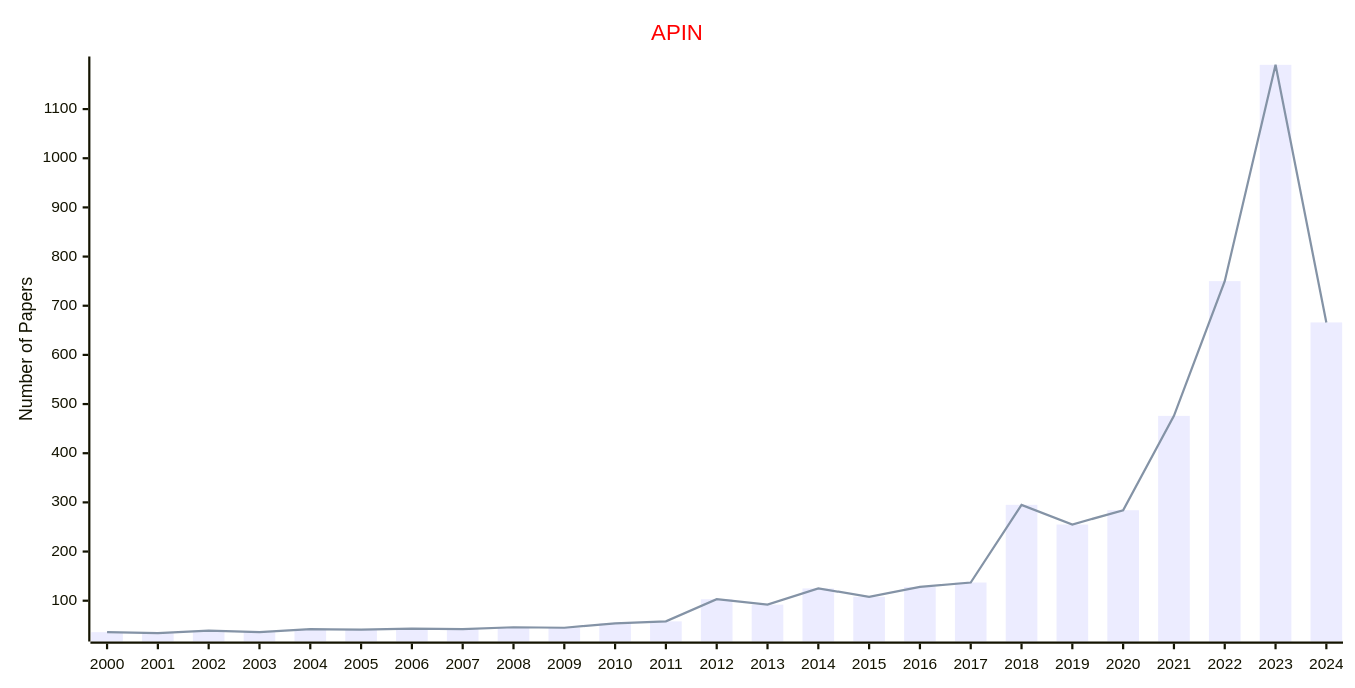
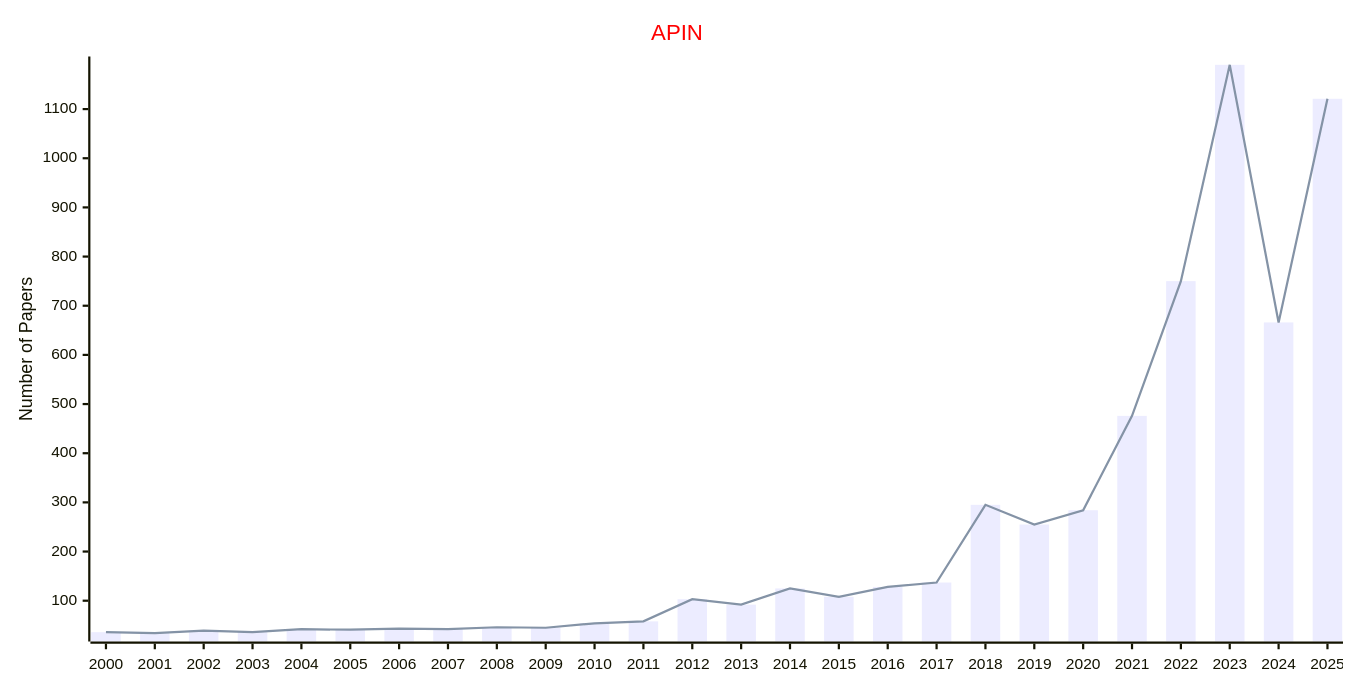
Before and after one commit to Easy-PhD/AILinks: the sixth of 59 diagrams in docs/data/Journals/Publishers_Journals/SPRINGER.md, drawn with Mermaid. The commit also changed other lines of this file and 107 other files, not shown here.

````diff
--- a/docs/data/Journals/Publishers_Journals/SPRINGER.md
+++ b/docs/data/Journals/Publishers_Journals/SPRINGER.md
@@ -131,17 +131,17 @@
 ```mermaid
 ---
 config:
     xyChart:
         width: 1200
         height: 600
     themeVariables:
         xyChart:
             titleColor: "#ff0000"
 ---
 xychart-beta
     title "APIN"
-    x-axis [2000, 2001, 2002, 2003, 2004, 2005, 2006, 2007, 2008, 2009, 2010, 2011, 2012, 2013, 2014, 2015, 2016, 2017, 2018, 2019, 2020, 2021, 2022, 2023, 2024]
+    x-axis [2000, 2001, 2002, 2003, 2004, 2005, 2006, 2007, 2008, 2009, 2010, 2011, 2012, 2013, 2014, 2015, 2016, 2017, 2018, 2019, 2020, 2021, 2022, 2023, 2024, 2025]
     y-axis "Number of Papers"
-    bar [36, 34, 39, 36, 42, 41, 43, 42, 46, 45, 54, 58, 103, 92, 125, 108, 128, 137, 295, 255, 284, 476, 750, 1190, 666]
-    line [36, 34, 39, 36, 42, 41, 43, 42, 46, 45, 54, 58, 103, 92, 125, 108, 128, 137, 295, 255, 284, 476, 750, 1190, 666]
+    bar [36, 34, 39, 36, 42, 41, 43, 42, 46, 45, 54, 58, 103, 92, 125, 108, 128, 137, 295, 255, 284, 476, 750, 1190, 666, 1121]
+    line [36, 34, 39, 36, 42, 41, 43, 42, 46, 45, 54, 58, 103, 92, 125, 108, 128, 137, 295, 255, 284, 476, 750, 1190, 666, 1121]
 ```
````
